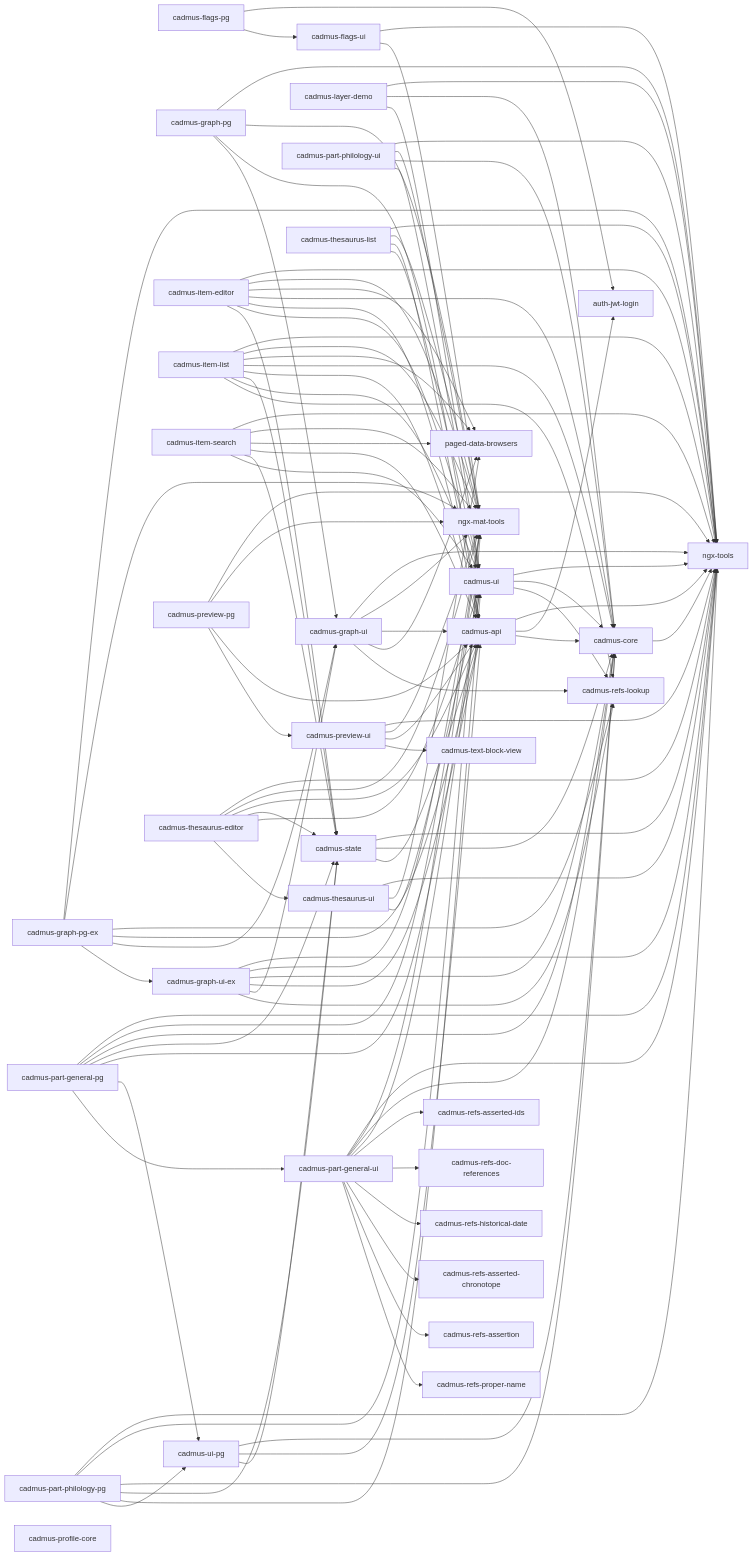
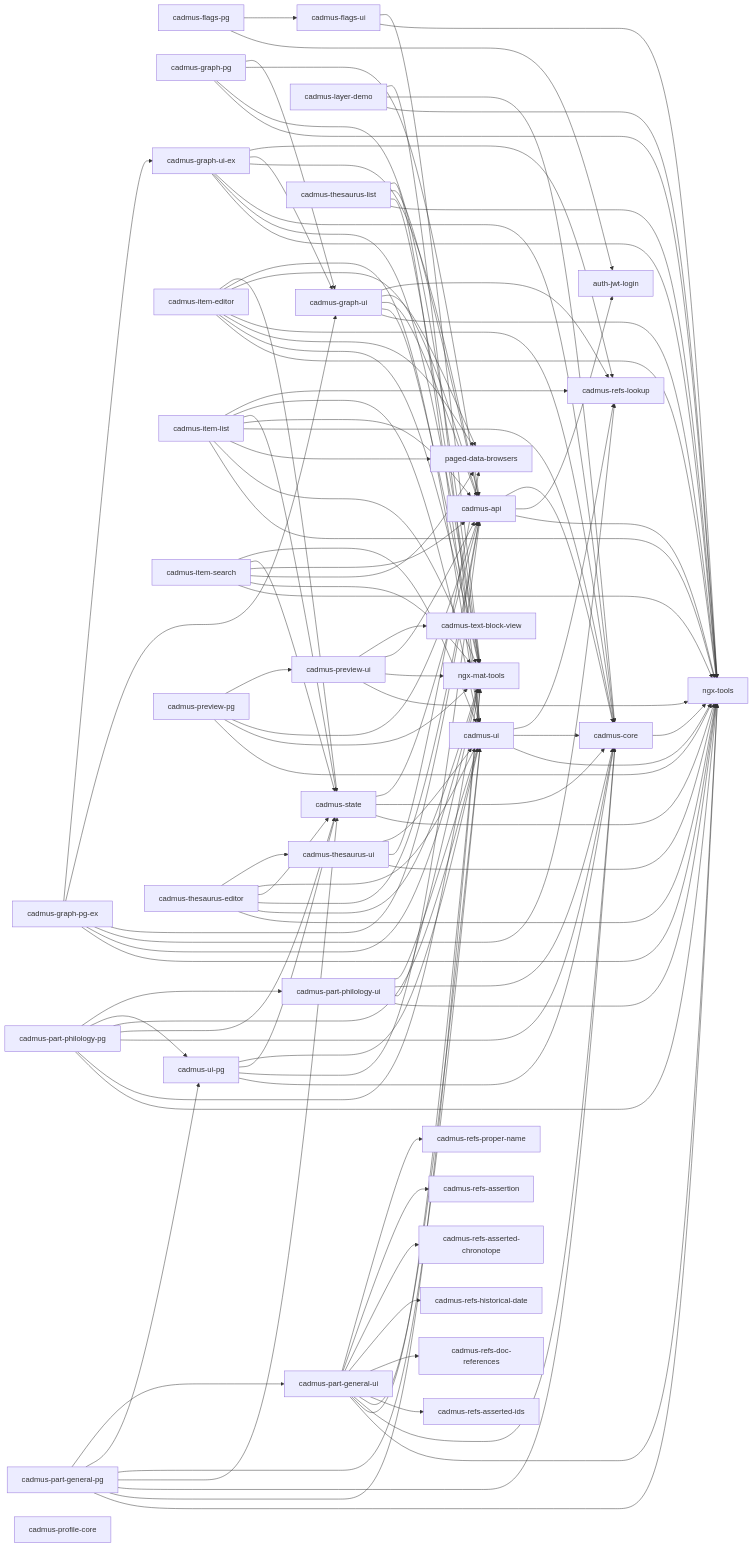
Before and after one commit to vedph/cadmus-doc: the diagram in docs/frontend/shell.md, drawn with Mermaid. The commit also changed 1 other file, not shown here.

````diff
--- a/docs/frontend/shell.md
+++ b/docs/frontend/shell.md
@@ -82,6 +82,7 @@
   cadmus-part-philology-pg --> cadmus-state
   cadmus-part-philology-pg --> cadmus-ui
   cadmus-part-philology-pg --> cadmus-ui-pg
+  cadmus-part-philology-pg --> cadmus-part-philology-ui
   cadmus-part-philology-ui --> ngx-tools
   cadmus-part-philology-ui --> ngx-mat-tools
   cadmus-part-philology-ui --> cadmus-core
@@ -117,4 +118,5 @@
   cadmus-ui-pg --> cadmus-core
   cadmus-ui-pg --> cadmus-api
   cadmus-ui-pg --> cadmus-state
+  cadmus-ui-pg --> cadmus-ui
 ```
````
